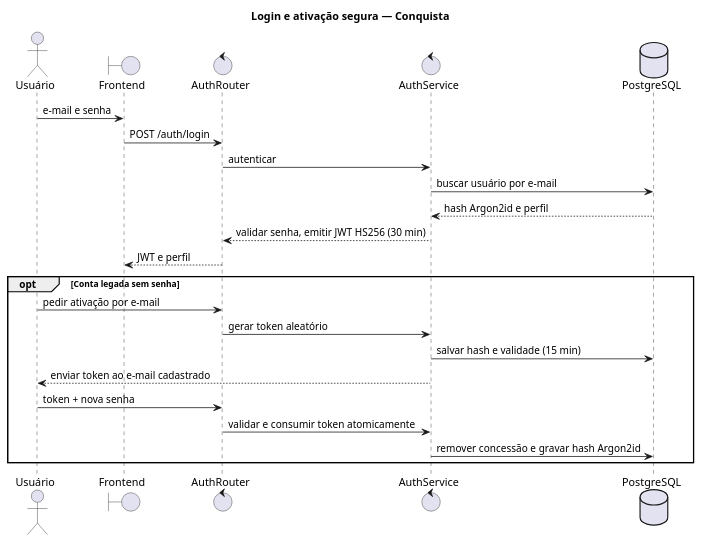
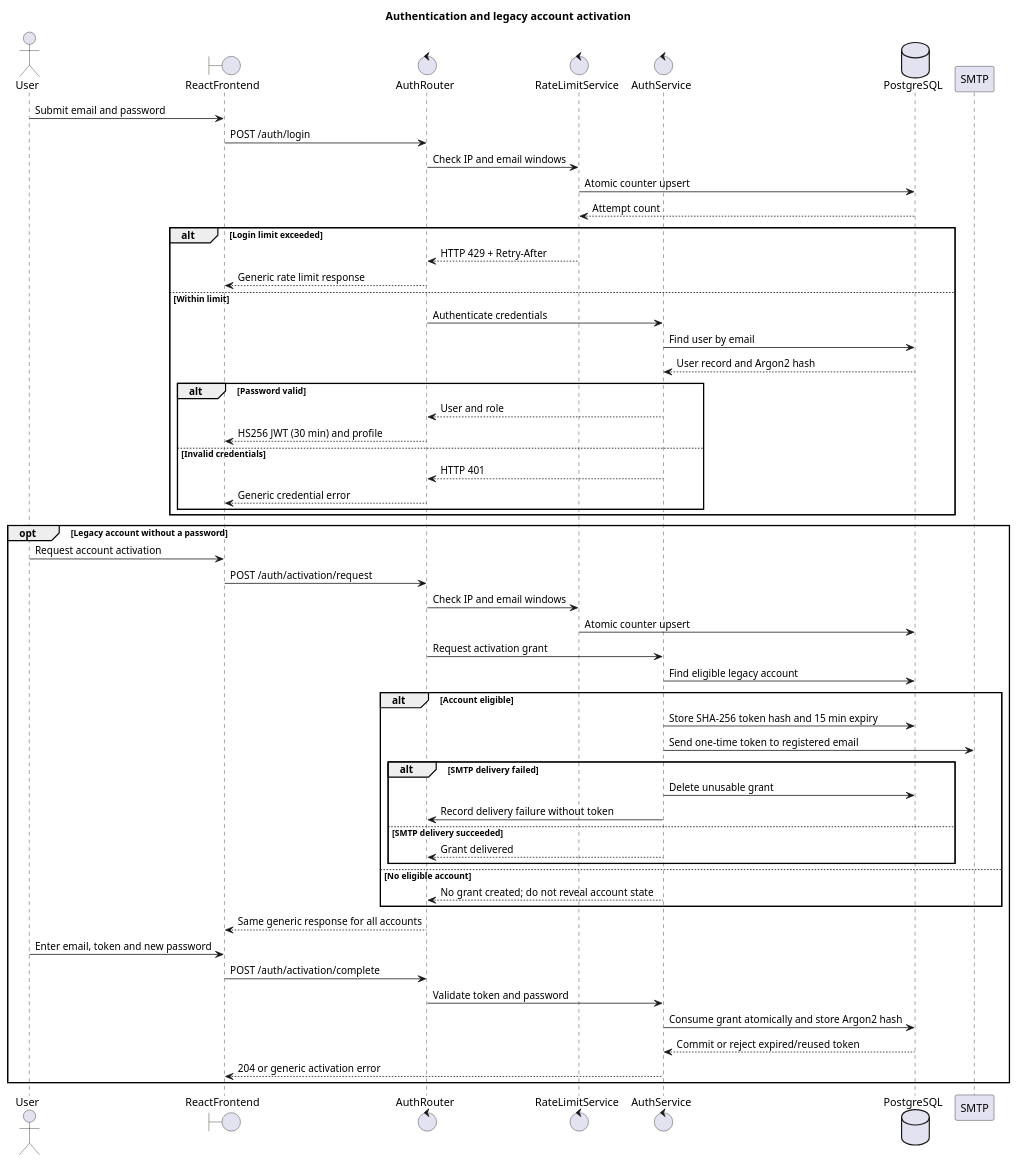
Before and after one commit to gusLeonardi/moeda-estudantil: the diagram in docs/modelagem/lab04-seq-autenticacao.puml, drawn with PlantUML. The commit also changed 43 other files, not shown here.

Commit message:
feat: complete Lab04 authentication and prepare cloud deployment

```diff
--- a/docs/modelagem/lab04-seq-autenticacao.puml
+++ b/docs/modelagem/lab04-seq-autenticacao.puml
@@ -1,24 +1,59 @@
 @startuml
-title Login e ativação segura — Conquista
-actor Usuário
-boundary Frontend
+title Authentication and legacy account activation
+actor User
+boundary ReactFrontend
 control AuthRouter
+control RateLimitService
 control AuthService
 database PostgreSQL
-Usuário -> Frontend: e-mail e senha
-Frontend -> AuthRouter: POST /auth/login
-AuthRouter -> AuthService: autenticar
-AuthService -> PostgreSQL: buscar usuário por e-mail
-PostgreSQL --> AuthService: hash Argon2id e perfil
-AuthService --> AuthRouter: validar senha, emitir JWT HS256 (30 min)
-AuthRouter --> Frontend: JWT e perfil
-opt Conta legada sem senha
-  Usuário -> AuthRouter: pedir ativação por e-mail
-  AuthRouter -> AuthService: gerar token aleatório
-  AuthService -> PostgreSQL: salvar hash e validade (15 min)
-  AuthService --> Usuário: enviar token ao e-mail cadastrado
-  Usuário -> AuthRouter: token + nova senha
-  AuthRouter -> AuthService: validar e consumir token atomicamente
-  AuthService -> PostgreSQL: remover concessão e gravar hash Argon2id
+participant SMTP
+
+User -> ReactFrontend: Submit email and password
+ReactFrontend -> AuthRouter: POST /auth/login
+AuthRouter -> RateLimitService: Check IP and email windows
+RateLimitService -> PostgreSQL: Atomic counter upsert
+PostgreSQL --> RateLimitService: Attempt count
+alt Login limit exceeded
+  RateLimitService --> AuthRouter: HTTP 429 + Retry-After
+  AuthRouter --> ReactFrontend: Generic rate limit response
+else Within limit
+  AuthRouter -> AuthService: Authenticate credentials
+  AuthService -> PostgreSQL: Find user by email
+  PostgreSQL --> AuthService: User record and Argon2 hash
+  alt Password valid
+    AuthService --> AuthRouter: User and role
+    AuthRouter --> ReactFrontend: HS256 JWT (30 min) and profile
+  else Invalid credentials
+    AuthService --> AuthRouter: HTTP 401
+    AuthRouter --> ReactFrontend: Generic credential error
+  end
+end
+
+opt Legacy account without a password
+  User -> ReactFrontend: Request account activation
+  ReactFrontend -> AuthRouter: POST /auth/activation/request
+  AuthRouter -> RateLimitService: Check IP and email windows
+  RateLimitService -> PostgreSQL: Atomic counter upsert
+  AuthRouter -> AuthService: Request activation grant
+  AuthService -> PostgreSQL: Find eligible legacy account
+  alt Account eligible
+    AuthService -> PostgreSQL: Store SHA-256 token hash and 15 min expiry
+    AuthService -> SMTP: Send one-time token to registered email
+    alt SMTP delivery failed
+      AuthService -> PostgreSQL: Delete unusable grant
+      AuthService -> AuthRouter: Record delivery failure without token
+    else SMTP delivery succeeded
+      AuthService --> AuthRouter: Grant delivered
+    end
+  else No eligible account
+    AuthService --> AuthRouter: No grant created; do not reveal account state
+  end
+  AuthRouter --> ReactFrontend: Same generic response for all accounts
+  User -> ReactFrontend: Enter email, token and new password
+  ReactFrontend -> AuthRouter: POST /auth/activation/complete
+  AuthRouter -> AuthService: Validate token and password
+  AuthService -> PostgreSQL: Consume grant atomically and store Argon2 hash
+  PostgreSQL --> AuthService: Commit or reject expired/reused token
+  AuthService --> ReactFrontend: 204 or generic activation error
 end
 @enduml
```
